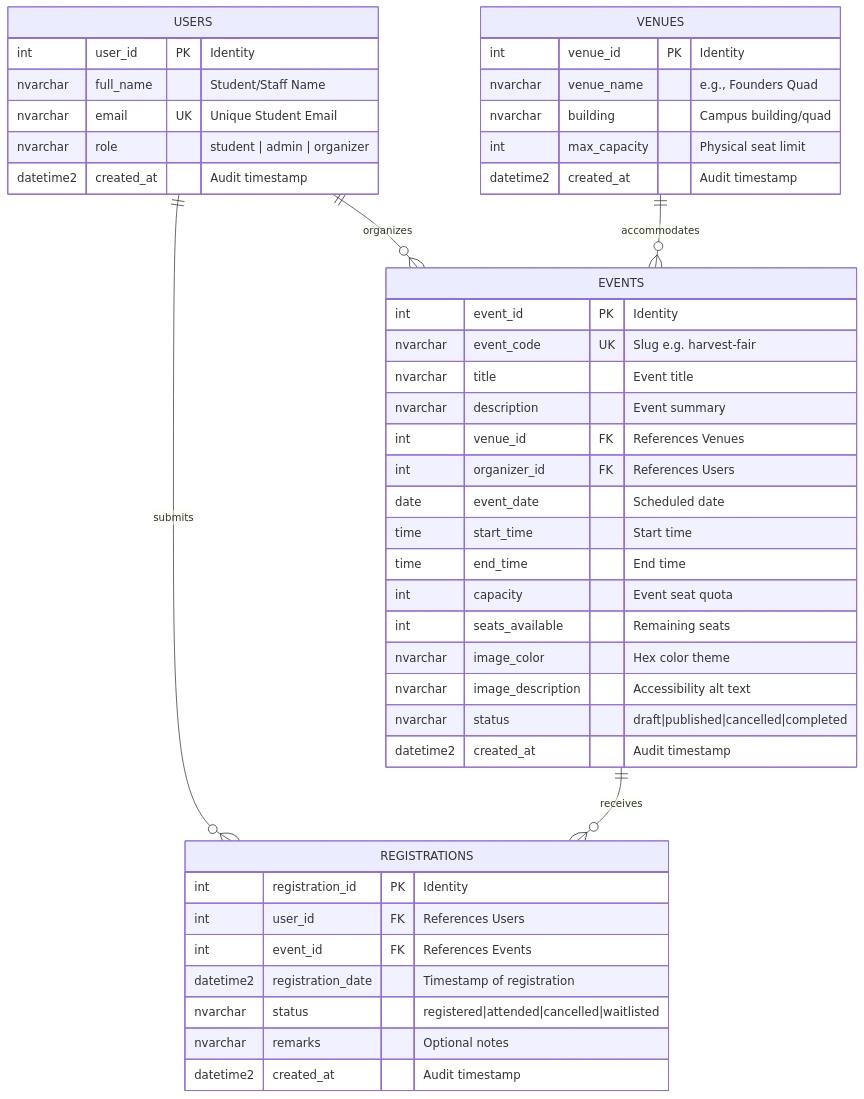
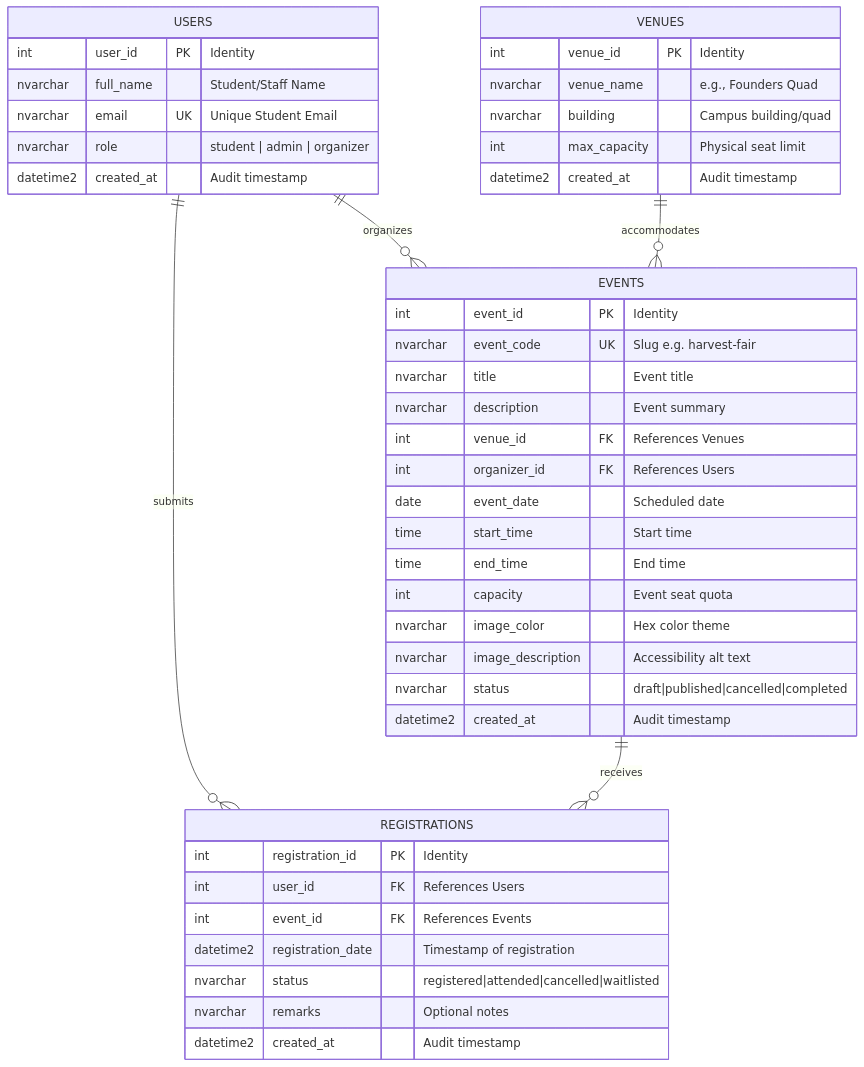
Before and after one commit to Ippo-2/ITPE006LA-IT-PROFESSIONAL-ELECTIVE-LAB-SUMMATIVE: the diagram in SUBMISSION.md, drawn with Mermaid. The commit also changed other lines of this file and 3 other files, not shown here.

Commit message:
Complete Task 1 and harden seat schema

````diff
--- a/SUBMISSION.md
+++ b/SUBMISSION.md
@@ -170,51 +206,50 @@
 ```mermaid
 erDiagram
     USERS ||--o{ REGISTRATIONS : "submits"
     USERS ||--o{ EVENTS : "organizes"
     VENUES ||--o{ EVENTS : "accommodates"
     EVENTS ||--o{ REGISTRATIONS : "receives"
 
     USERS {
         int user_id PK "Identity"
         nvarchar full_name "Student/Staff Name"
         nvarchar email UK "Unique Student Email"
         nvarchar role "student | admin | organizer"
         datetime2 created_at "Audit timestamp"
     }
 
     VENUES {
         int venue_id PK "Identity"
         nvarchar venue_name "e.g., Founders Quad"
         nvarchar building "Campus building/quad"
         int max_capacity "Physical seat limit"
         datetime2 created_at "Audit timestamp"
     }
 
     EVENTS {
         int event_id PK "Identity"
         nvarchar event_code UK "Slug e.g. harvest-fair"
         nvarchar title "Event title"
         nvarchar description "Event summary"
         int venue_id FK "References Venues"
         int organizer_id FK "References Users"
         date event_date "Scheduled date"
         time start_time "Start time"
         time end_time "End time"
         int capacity "Event seat quota"
-        int seats_available "Remaining seats"
         nvarchar image_color "Hex color theme"
         nvarchar image_description "Accessibility alt text"
         nvarchar status "draft|published|cancelled|completed"
         datetime2 created_at "Audit timestamp"
     }
 
     REGISTRATIONS {
         int registration_id PK "Identity"
         int user_id FK "References Users"
         int event_id FK "References Events"
         datetime2 registration_date "Timestamp of registration"
         nvarchar status "registered|attended|cancelled|waitlisted"
         nvarchar remarks "Optional notes"
         datetime2 created_at "Audit timestamp"
     }
 ```
````
